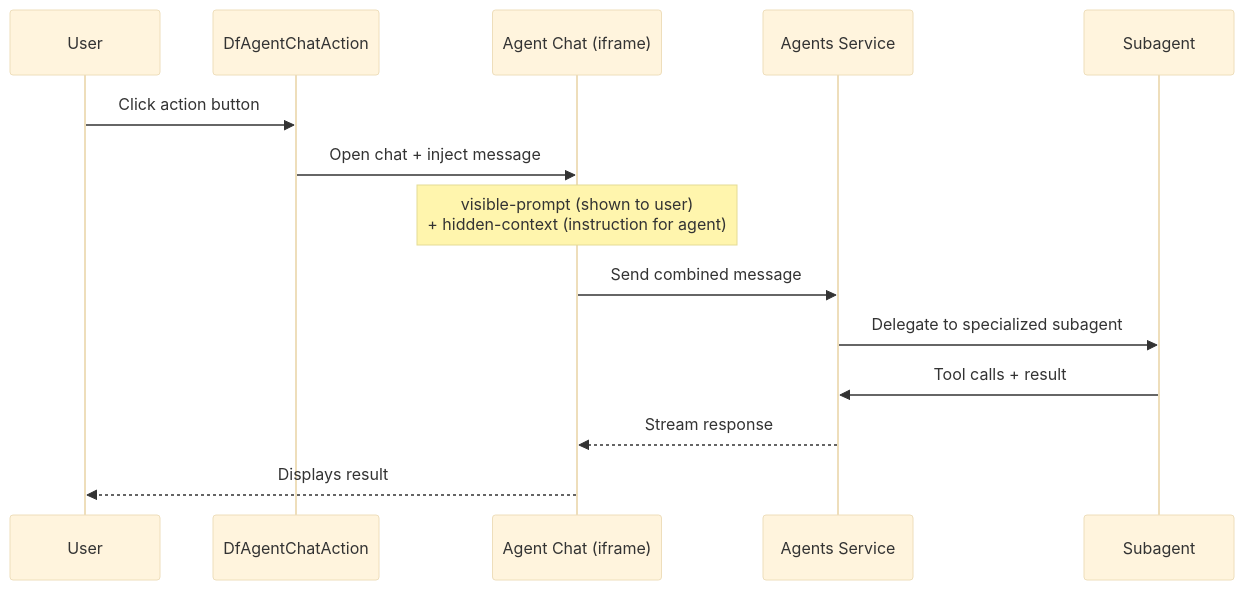
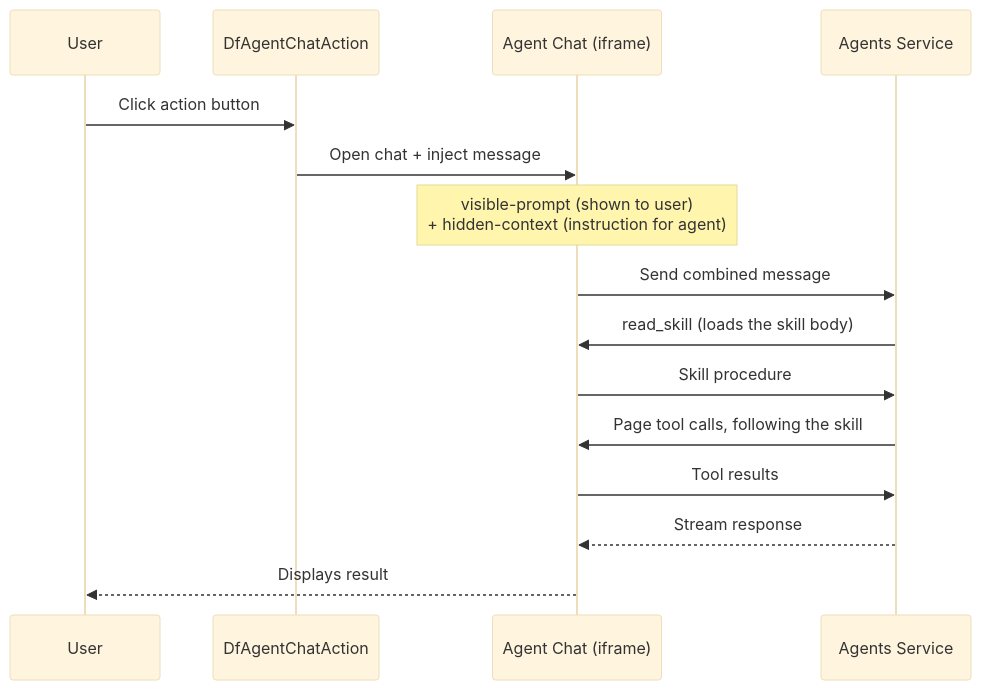
The third of 3 diagrams in docs/architecture/agent-integration.md (data-fair/data-fair), drawn with Mermaid (base theme) before and after one commit. The commit also changed other lines of this file and 155 other files, not shown here.

````diff
--- a/docs/architecture/agent-integration.md
+++ b/docs/architecture/agent-integration.md
@@ -117,17 +118,18 @@
 ```mermaid
 sequenceDiagram
     participant User
     participant ActionBtn as DfAgentChatAction
     participant ChatUI as Agent Chat (iframe)
     participant AgentSvc as Agents Service
-    participant SubAgent as Subagent
 
     User->>ActionBtn: Click action button
     ActionBtn->>ChatUI: Open chat + inject message
     Note over ChatUI: visible-prompt (shown to user)<br/>+ hidden-context (instruction for agent)
     ChatUI->>AgentSvc: Send combined message
-    AgentSvc->>SubAgent: Delegate to specialized subagent
-    SubAgent->>AgentSvc: Tool calls + result
+    AgentSvc->>ChatUI: read_skill (loads the skill body)
+    ChatUI->>AgentSvc: Skill procedure
+    AgentSvc->>ChatUI: Page tool calls, following the skill
+    ChatUI->>AgentSvc: Tool results
     AgentSvc-->>ChatUI: Stream response
     ChatUI-->>User: Displays result
 ```
````
